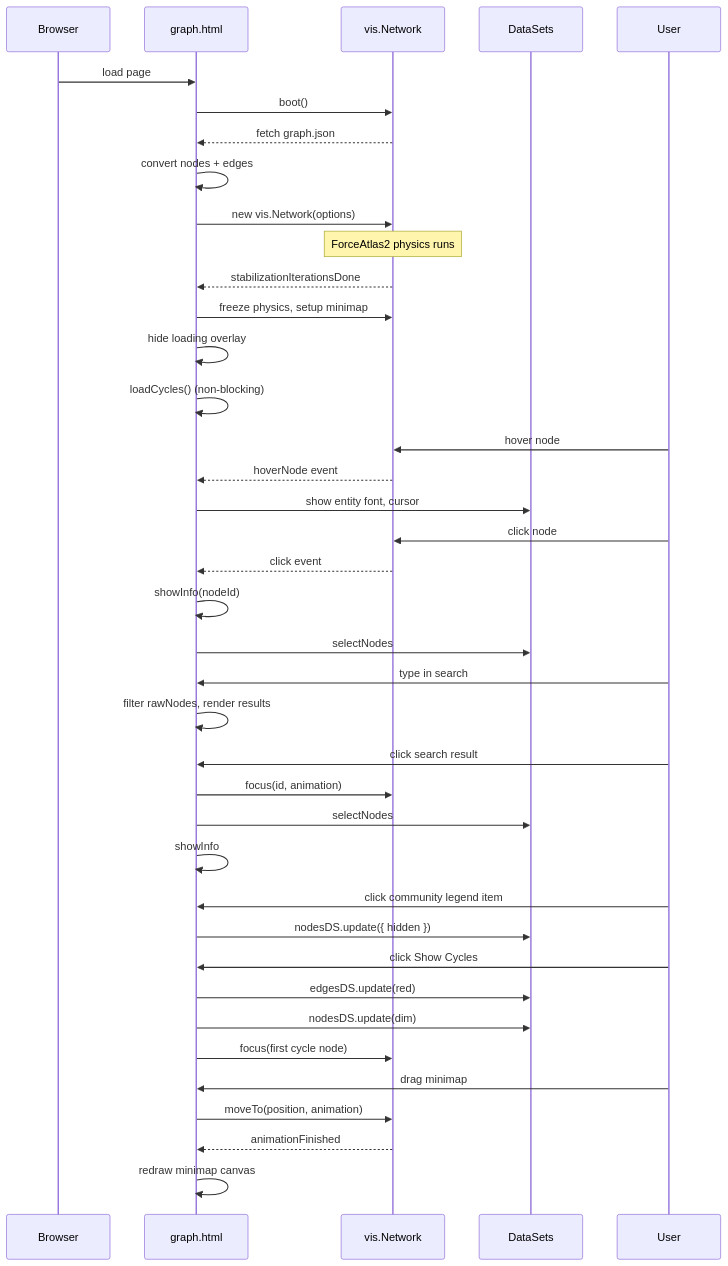
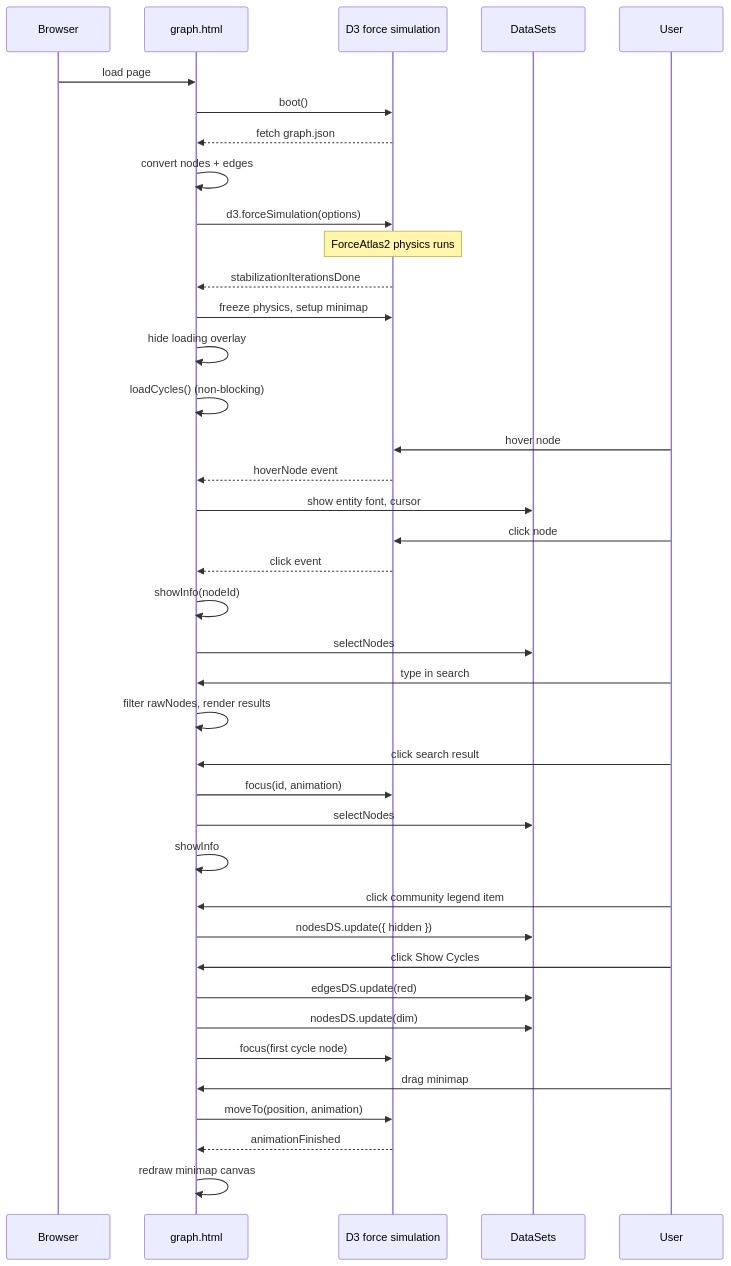
Before and after one commit to Arham-Qureshi/codebase-vis: the tenth of 11 diagrams in ARCHITECTURE/visualizer.md, drawn with Mermaid. The commit also changed other lines of this file, not shown here.

Commit message:
docs: update visualizer — vis-network to D3 force layout

````diff
--- a/ARCHITECTURE/visualizer.md
+++ b/ARCHITECTURE/visualizer.md
@@ -349,46 +346,46 @@
 ```mermaid
 sequenceDiagram
     participant B as Browser
     participant G as graph.html
-    participant N as vis.Network
+    participant N as D3 force simulation
     participant D as DataSets
 
     B->>G: load page
     G->>N: boot()
     N-->>G: fetch graph.json
     G->>G: convert nodes + edges
-    G->>N: new vis.Network(options)
+    G->>N: d3.forceSimulation(options)
     Note over N: ForceAtlas2 physics runs
     N-->>G: stabilizationIterationsDone
     G->>N: freeze physics, setup minimap
     G->>G: hide loading overlay
     G->>G: loadCycles() (non-blocking)
 
     User->>N: hover node
     N-->>G: hoverNode event
     G->>D: show entity font, cursor
     User->>N: click node
     N-->>G: click event
     G->>G: showInfo(nodeId)
     G->>D: selectNodes
 
     User->>G: type in search
     G->>G: filter rawNodes, render results
     User->>G: click search result
     G->>N: focus(id, animation)
     G->>D: selectNodes
     G->>G: showInfo
 
     User->>G: click community legend item
     G->>D: nodesDS.update({ hidden })
 
     User->>G: click Show Cycles
     G->>D: edgesDS.update(red)
     G->>D: nodesDS.update(dim)
     G->>N: focus(first cycle node)
 
     User->>G: drag minimap
     G->>N: moveTo(position, animation)
     N-->>G: animationFinished
     G->>G: redraw minimap canvas
 ```
````
